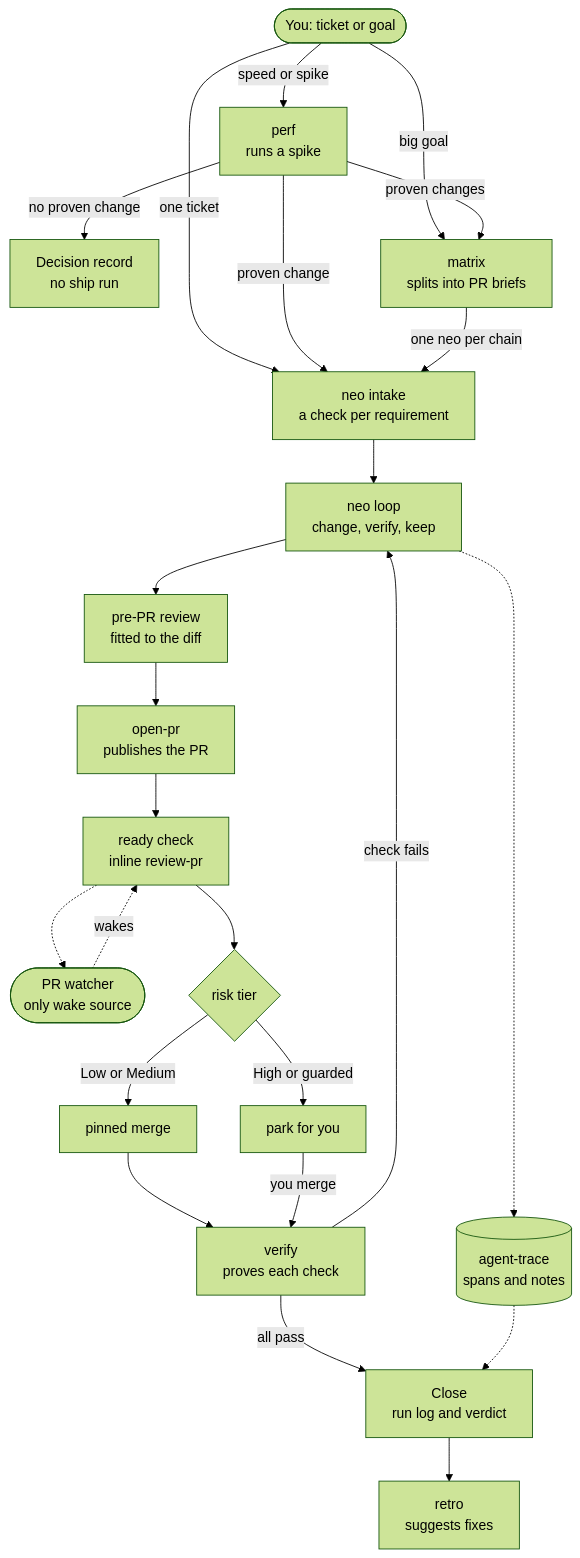
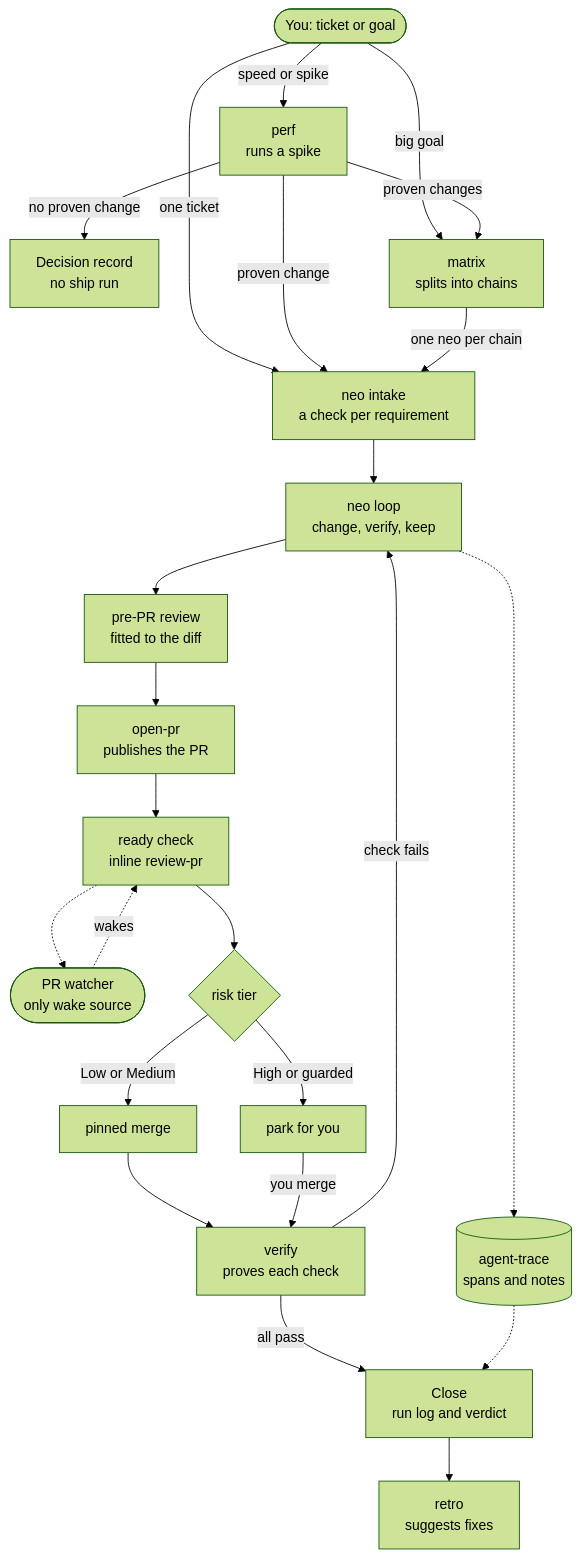
The diagram in skills/neo-suite.md (sucramual/mp), drawn with Mermaid (forest theme) before and after one commit. The commit also changed other lines of this file, not shown here.

Commit message:
docs(skills): say that matrix splits a goal into chains in the neo suite diagram

````diff
--- a/skills/neo-suite.md
+++ b/skills/neo-suite.md
@@ -6,43 +6,43 @@
 ```mermaid
 ---
 config:
   flowchart:
     wrappingWidth: 400
 ---
 flowchart TD
     you([You: ticket or goal])
     perf["perf<br/>runs a spike"]
     decision["Decision record<br/>no ship run"]
-    matrix["matrix<br/>splits into PR briefs"]
+    matrix["matrix<br/>splits into chains"]
     intake["neo intake<br/>a check per requirement"]
     loop["neo loop<br/>change, verify, keep"]
     review["pre-PR review<br/>fitted to the diff"]
     openpr["open-pr<br/>publishes the PR"]
     ready["ready check<br/>inline review-pr"]
     watcher(["PR watcher<br/>only wake source"])
     tier{"risk tier"}
     merge["pinned merge"]
     park["park for you"]
     verify["verify<br/>proves each check"]
     trace[("agent-trace<br/>spans and notes")]
     close["Close<br/>run log and verdict"]
     retro["retro<br/>suggests fixes"]
 
     you -->|one ticket| intake
     you -->|big goal| matrix
     you -->|speed or spike| perf
     perf -->|proven change| intake
     perf -->|proven changes| matrix
     perf -->|no proven change| decision
     matrix -->|one neo per chain| intake
     intake --> loop --> review --> openpr --> ready
     ready -.-> watcher
     watcher -.->|wakes| ready
     ready --> tier
     tier -->|Low or Medium| merge --> verify
     tier -->|High or guarded| park
     park -->|you merge| verify
     verify -->|check fails| loop
     verify -->|all pass| close --> retro
     loop -.-> trace -.-> close
 ```
````
